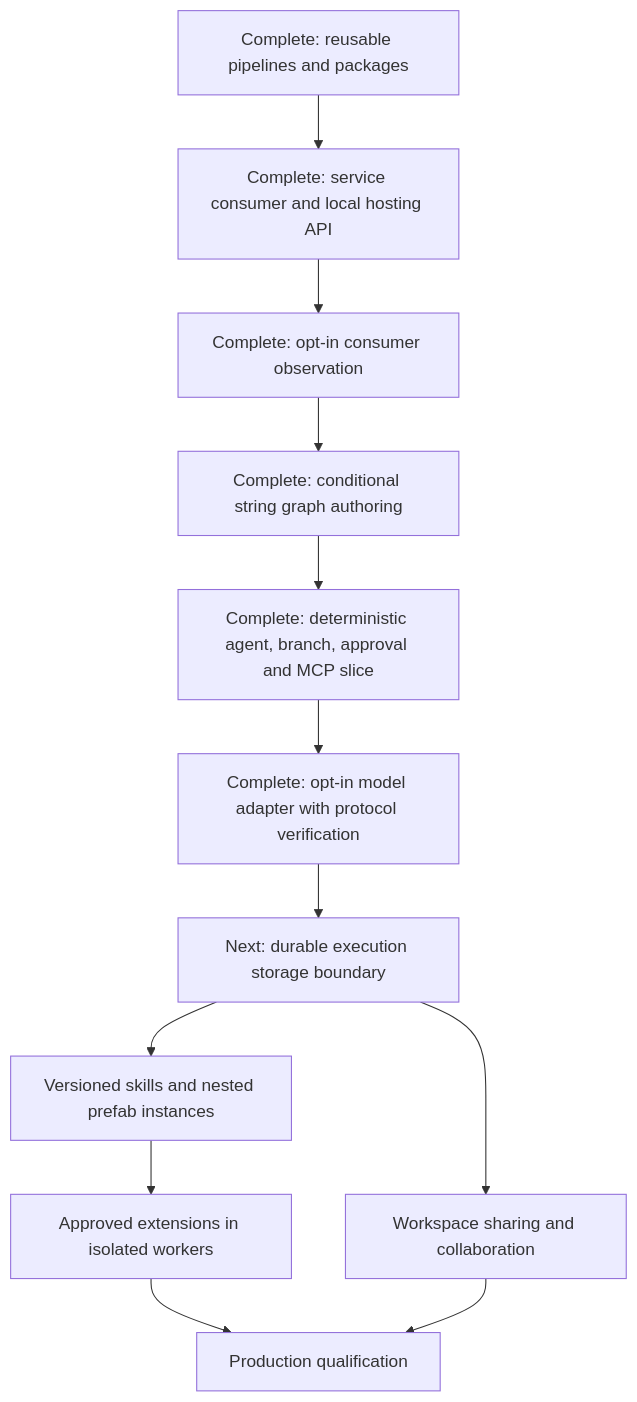
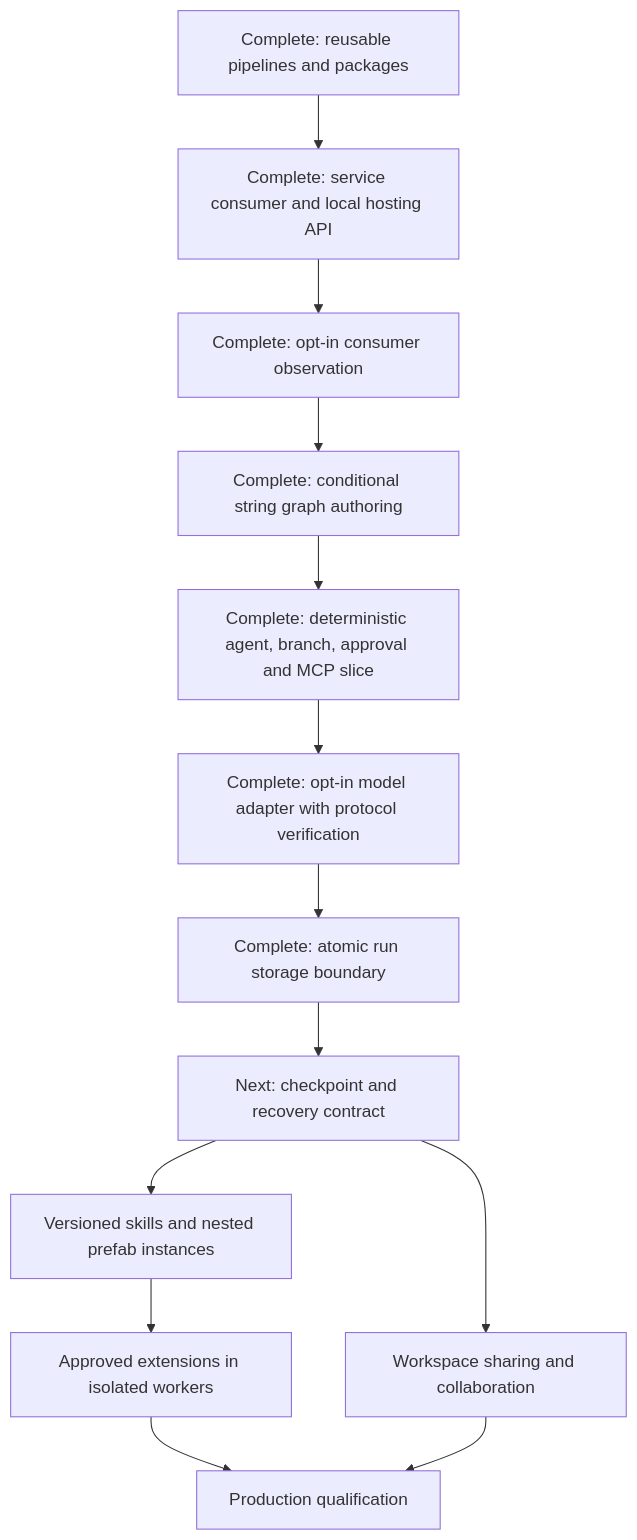
The diagram in docs/roadmap.md (gnalvesteffer/visual-agent-workflow), drawn with Mermaid before and after one commit. The commit also changed other lines of this file and 30 other files, not shown here.

Commit message:
Add atomic run storage boundary and SQLite persistence

````diff
--- a/docs/roadmap.md
+++ b/docs/roadmap.md
@@ -54,14 +58,15 @@
 ```mermaid
 flowchart TD
     Reuse["Complete: reusable pipelines and packages"] --> Hosting["Complete: service consumer and local hosting API"]
     Hosting --> Observe["Complete: opt-in consumer observation"]
     Observe --> Graph["Complete: conditional string graph authoring"]
     Graph --> Vertical["Complete: deterministic agent, branch, approval and MCP slice"]
     Vertical --> Models["Complete: opt-in model adapter with protocol verification"]
-    Models --> Durable["Next: durable execution storage boundary"]
+    Models --> Store["Complete: atomic run storage boundary"]
+    Store --> Durable["Next: checkpoint and recovery contract"]
     Durable --> Assets["Versioned skills and nested prefab instances"]
     Assets --> Extensions["Approved extensions in isolated workers"]
     Durable --> Collaboration["Workspace sharing and collaboration"]
     Extensions --> Production["Production qualification"]
     Collaboration --> Production
 ```
````
